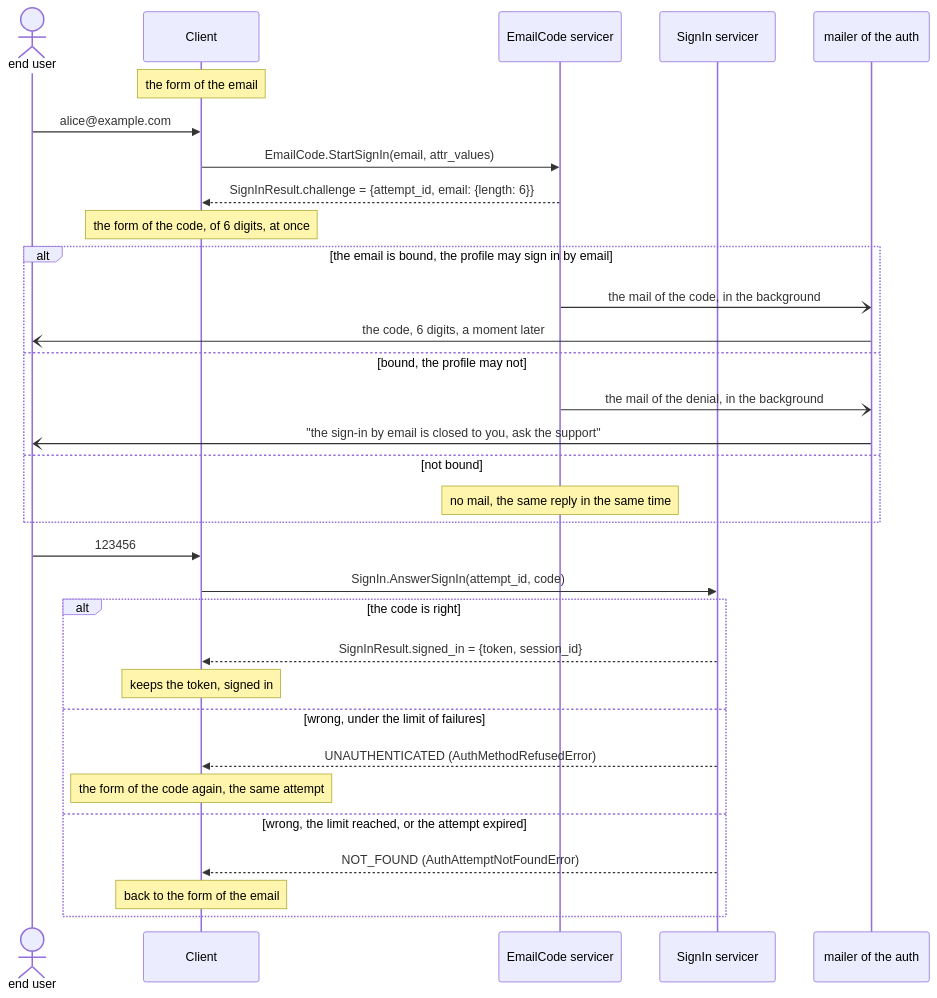
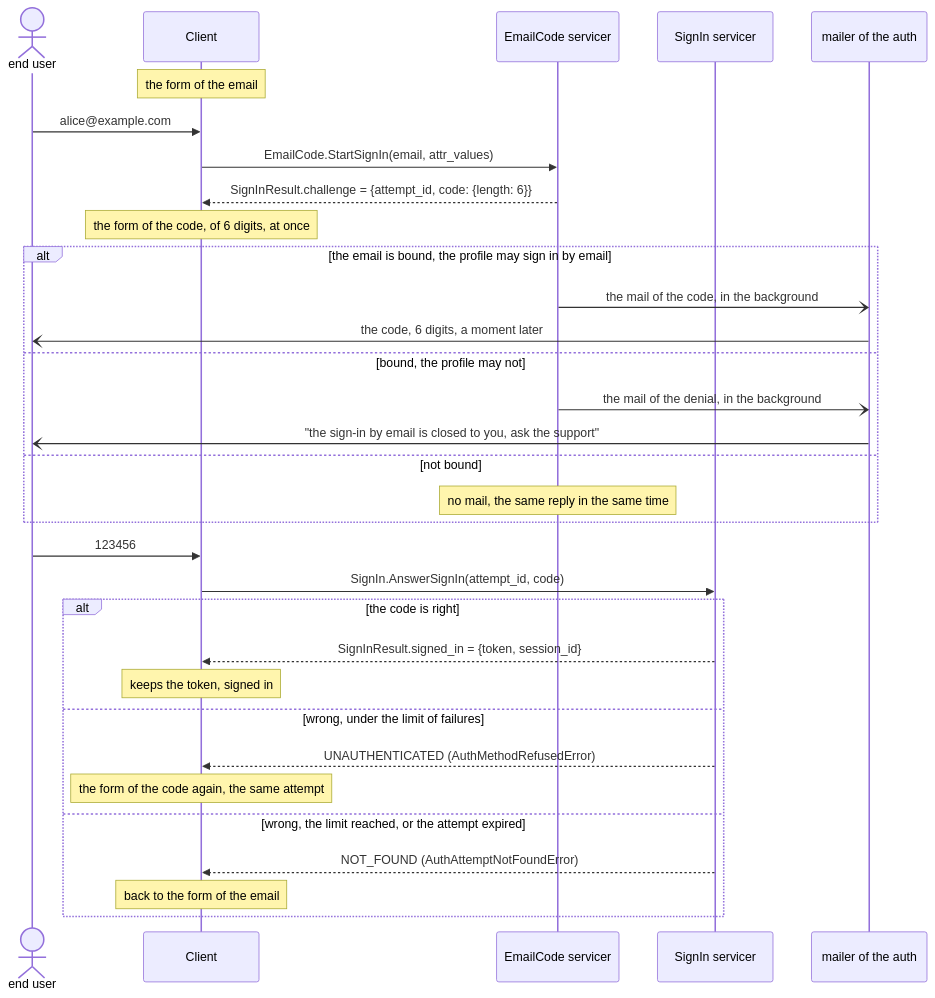
One commit to ak-ingots/ingots-libs changed the first of 2 diagrams in docs/design/auth/methods/email-code.md. Above: the diagram before and after it, drawn with Mermaid. The commit also changed other lines of this file and 4 other files, not shown here.

First line of the commit message:
Mark the answers of the flows over gRPC implemented (#36)

````diff
--- a/docs/design/auth/methods/email-code.md
+++ b/docs/design/auth/methods/email-code.md
@@ -59,34 +59,34 @@
 ```mermaid
 sequenceDiagram
     actor User as end user
     participant Client
     participant Server as EmailCode servicer
     participant Flow as SignIn servicer
     participant Mail as mailer of the auth
     Note over Client: the form of the email
     User->>Client: alice@example.com
     Client->>Server: EmailCode.StartSignIn(email, attr_values)
-    Server-->>Client: SignInResult.challenge = {attempt_id, email: {length: 6}}
+    Server-->>Client: SignInResult.challenge = {attempt_id, code: {length: 6}}
     Note over Client: the form of the code, of 6 digits, at once
     alt the email is bound, the profile may sign in by email
         Server-)Mail: the mail of the code, in the background
         Mail-)User: the code, 6 digits, a moment later
     else bound, the profile may not
         Server-)Mail: the mail of the denial, in the background
         Mail-)User: "the sign-in by email is closed to you, ask the support"
     else not bound
         Note over Server: no mail, the same reply in the same time
     end
     User->>Client: 123456
     Client->>Flow: SignIn.AnswerSignIn(attempt_id, code)
     alt the code is right
         Flow-->>Client: SignInResult.signed_in = {token, session_id}
         Note over Client: keeps the token, signed in
     else wrong, under the limit of failures
         Flow-->>Client: UNAUTHENTICATED (AuthMethodRefusedError)
         Note over Client: the form of the code again, the same attempt
     else wrong, the limit reached, or the attempt expired
         Flow-->>Client: NOT_FOUND (AuthAttemptNotFoundError)
         Note over Client: back to the form of the email
     end
 ```
````
